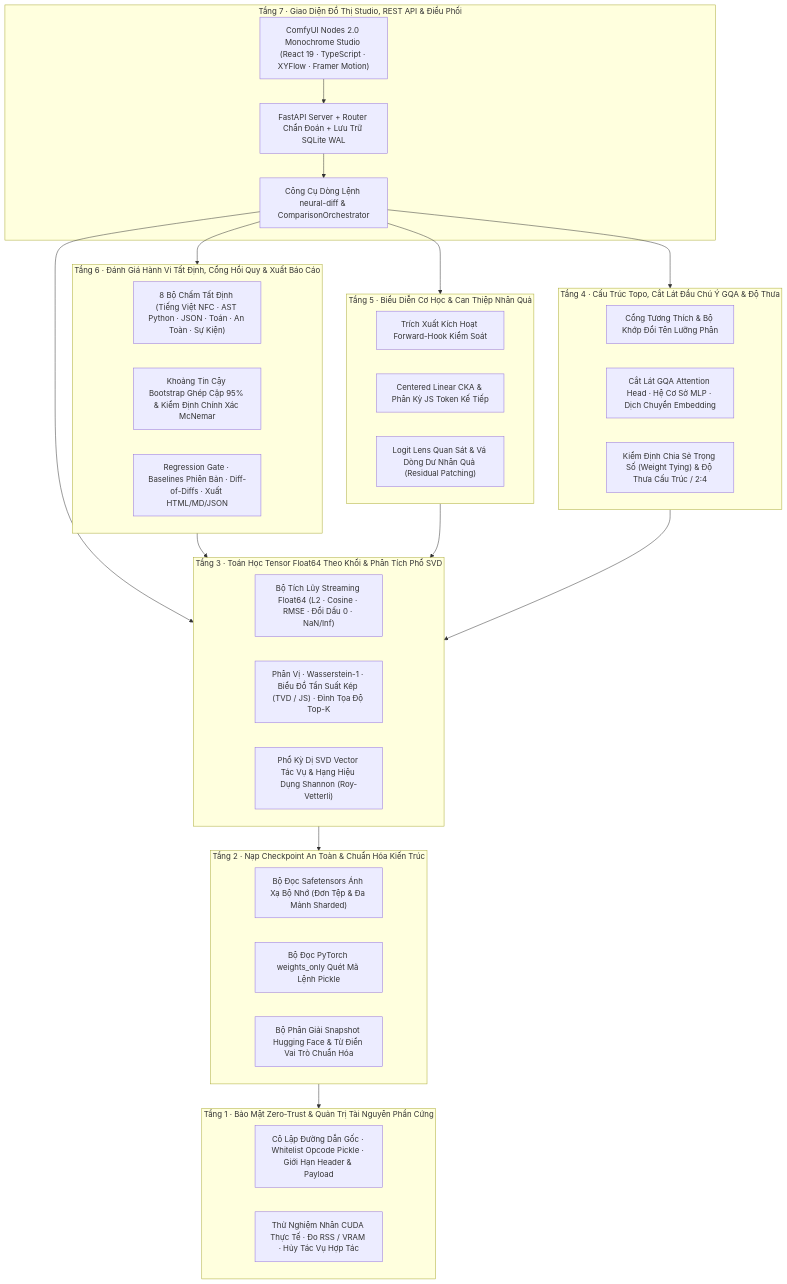
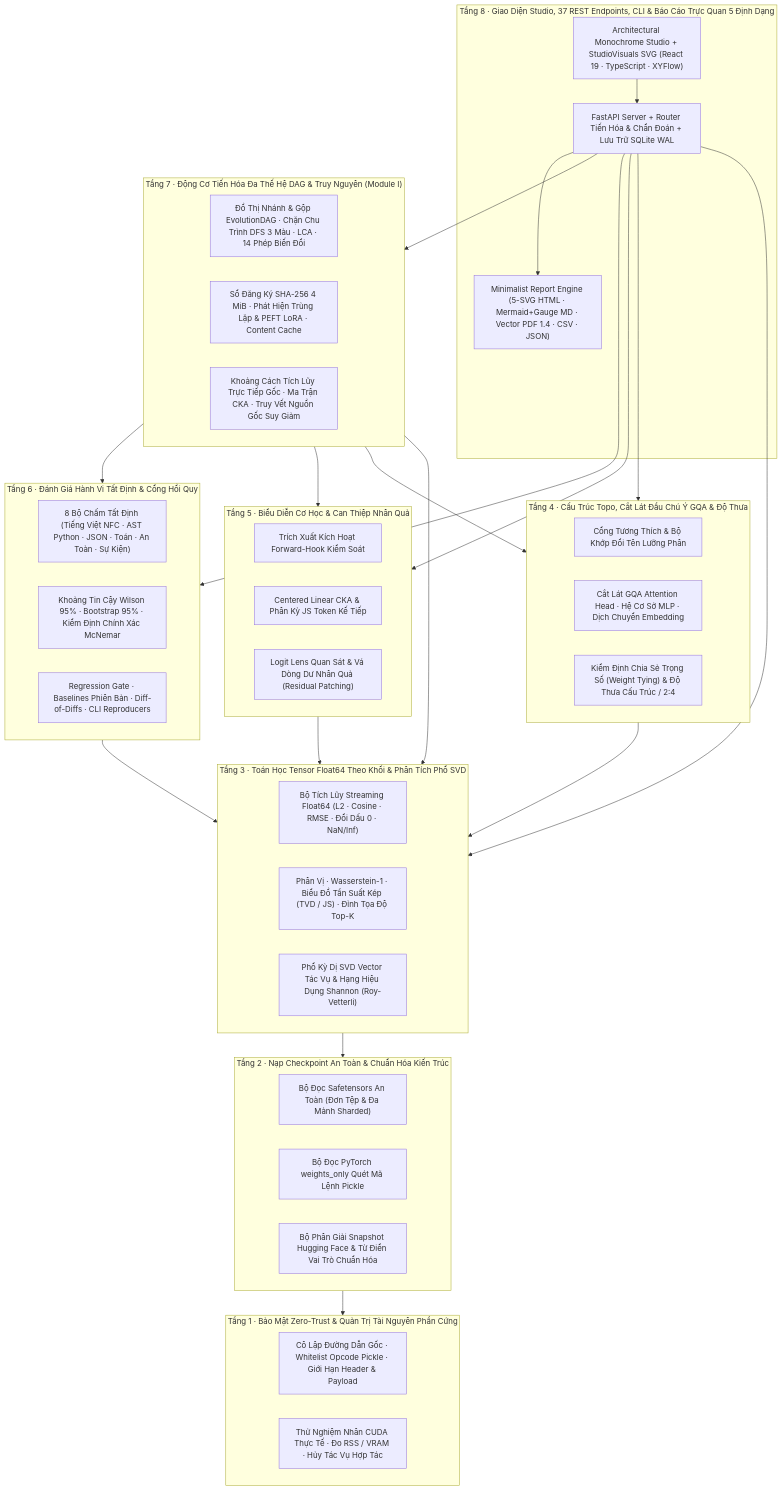
One commit to williamcachamwri/neural-diff changed the first of 2 diagrams in docs/i18n/README.vi.md. Above: the diagram before and after it, drawn with Mermaid. The commit also changed other lines of this file and 5 other files, not shown here.

Commit message:
docs(readme): update 5-language READMEs and CHANGELOG with 8-layer architecture and 27 live screenshots

````diff
--- a/docs/i18n/README.vi.md
+++ b/docs/i18n/README.vi.md
@@ -61,47 +64,54 @@
 ```mermaid
 flowchart TB
-    subgraph L7["Tầng 7 · Giao Diện Đồ Thị Studio, REST API & Điều Phối"]
-        UI["ComfyUI Nodes 2.0 Monochrome Studio (React 19 · TypeScript · XYFlow · Framer Motion)"]
-        API["FastAPI Server + Router Chẩn Đoán + Lưu Trữ SQLite WAL"]
-        CLI["Công Cụ Dòng Lệnh neural-diff & ComparisonOrchestrator"]
+    subgraph L8["Tầng 8 · Giao Diện Studio, 37 REST Endpoints, CLI & Báo Cáo Trực Quan 5 Định Dạng"]
+        UI["Architectural Monochrome Studio + StudioVisuals SVG (React 19 · TypeScript · XYFlow)"]
+        API["FastAPI Server + Router Tiến Hóa & Chẩn Đoán + Lưu Trữ SQLite WAL"]
+        REP["Minimalist Report Engine (5-SVG HTML · Mermaid+Gauge MD · Vector PDF 1.4 · CSV · JSON)"]
     end
 
-    subgraph L6["Tầng 6 · Đánh Giá Hành Vi Tất Định, Cổng Hồi Quy & Xuất Báo Cáo"]
+    subgraph L7["Tầng 7 · Động Cơ Tiến Hóa Đa Thế Hệ DAG & Truy Nguyên (Module I)"]
+        DAG["Đồ Thị Nhánh & Gộp EvolutionDAG · Chặn Chu Trình DFS 3 Màu · LCA · 14 Phép Biến Đổi"]
+        REG_CKPT["Sổ Đăng Ký SHA-256 4 MiB · Phát Hiện Trùng Lặp & PEFT LoRA · Content Cache"]
+        EVO_ENG["Khoảng Cách Tích Lũy Trực Tiếp Gốc · Ma Trận CKA · Truy Vết Nguồn Gốc Suy Giảm"]
+    end
+
+    subgraph L6["Tầng 6 · Đánh Giá Hành Vi Tất Định & Cổng Hồi Quy"]
         BEH["8 Bộ Chấm Tất Định (Tiếng Việt NFC · AST Python · JSON · Toán · An Toàn · Sự Kiện)"]
-        STATS_B["Khoảng Tin Cậy Bootstrap Ghép Cặp 95% & Kiểm Định Chính Xác McNemar"]
-        REG["Regression Gate · Baselines Phiên Bản · Diff-of-Diffs · Xuất HTML/MD/JSON"]
+        STATS_B["Khoảng Tin Cậy Wilson 95% · Bootstrap 95% · Kiểm Định Chính Xác McNemar"]
+        REG["Regression Gate · Baselines Phiên Bản · Diff-of-Diffs · CLI Reproducers"]
     end
 
     subgraph L5["Tầng 5 · Biểu Diễn Cơ Học & Can Thiệp Nhân Quả"]
         HOOK["Trích Xuất Kích Hoạt Forward-Hook Kiểm Soát"]
         CKA["Centered Linear CKA & Phân Kỳ JS Token Kế Tiếp"]
         LENS["Logit Lens Quan Sát & Vá Dòng Dư Nhân Quả (Residual Patching)"]
     end
 
     subgraph L4["Tầng 4 · Cấu Trúc Topo, Cắt Lát Đầu Chú Ý GQA & Độ Thưa"]
         COMPAT["Cổng Tương Thích & Bộ Khớp Đổi Tên Lưỡng Phân"]
         GQA["Cắt Lát GQA Attention Head · Hệ Cơ Sở MLP · Dịch Chuyển Embedding"]
         SPARSE["Kiểm Định Chia Sẻ Trọng Số (Weight Tying) & Độ Thưa Cấu Trúc / 2:4"]
     end
 
     subgraph L3["Tầng 3 · Toán Học Tensor Float64 Theo Khối & Phân Tích Phổ SVD"]
         CHUNK["Bộ Tích Lũy Streaming Float64 (L2 · Cosine · RMSE · Đổi Dấu 0 · NaN/Inf)"]
         DIST["Phân Vị · Wasserstein-1 · Biểu Đồ Tần Suất Kép (TVD / JS) · Đỉnh Tọa Độ Top-K"]
         SVD["Phổ Kỳ Dị SVD Vector Tác Vụ & Hạng Hiệu Dụng Shannon (Roy-Vetterli)"]
     end
 
     subgraph L2["Tầng 2 · Nạp Checkpoint An Toàn & Chuẩn Hóa Kiến Trúc"]
-        SAFE["Bộ Đọc Safetensors Ánh Xạ Bộ Nhớ (Đơn Tệp & Đa Mảnh Sharded)"]
+        SAFE["Bộ Đọc Safetensors An Toàn (Đơn Tệp & Đa Mảnh Sharded)"]
         PTSAFE["Bộ Đọc PyTorch weights_only Quét Mã Lệnh Pickle"]
         HFHUB["Bộ Phân Giải Snapshot Hugging Face & Từ Điển Vai Trò Chuẩn Hóa"]
     end
 
     subgraph L1["Tầng 1 · Bảo Mật Zero-Trust & Quản Trị Tài Nguyên Phần Cứng"]
         SEC["Cô Lập Đường Dẫn Gốc · Whitelist Opcode Pickle · Giới Hạn Header & Payload"]
         RES["Thử Nghiệm Nhân CUDA Thực Tế · Đo RSS / VRAM · Hủy Tác Vụ Hợp Tác"]
     end
 
-    UI --> API --> CLI
-    CLI --> L6 & L5 & L4 & L3
+    UI --> API --> REP
+    API --> L7 & L6 & L5 & L4 & L3
+    L7 --> L6 & L5 & L4 & L3
     L6 & L5 & L4 --> L3 --> L2 --> L1
 ```
````
